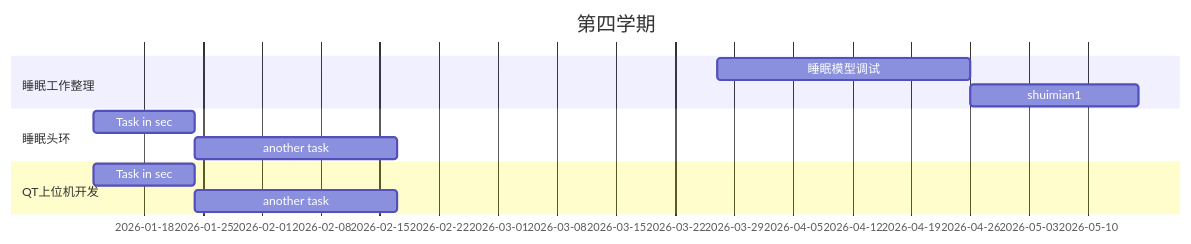
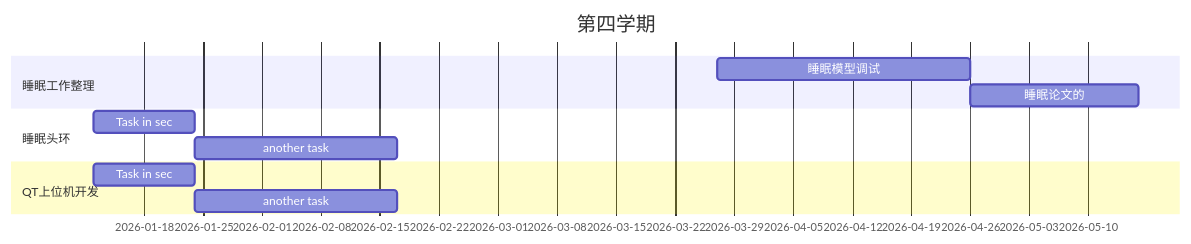
One commit to ChangMY-TJU/iodraw-files changed the diagram in all/代码甘特图.md. Above: the diagram before and after it, drawn with Mermaid.

Commit message:
2026-03-27 14:38:18 update

````diff
--- a/all/代码甘特图.md
+++ b/all/代码甘特图.md
@@ -1,15 +1,15 @@
 ```mermaid
 gantt
     title 第四学期
     dateFormat  YYYY-MM-DD
     section 睡眠工作整理
     睡眠模型调试      :a1, 2026-03-27, 30d
-    shuimian1     :after a1  , 20d
+    睡眠论文的     :after a1  , 20d
     section 睡眠头环
     Task in sec      :2026-01-12  , 12d
     another task      : 24d
     section QT上位机开发
     Task in sec      :2026-01-12  , 12d
     another task      : 24d
 
 ```
````
